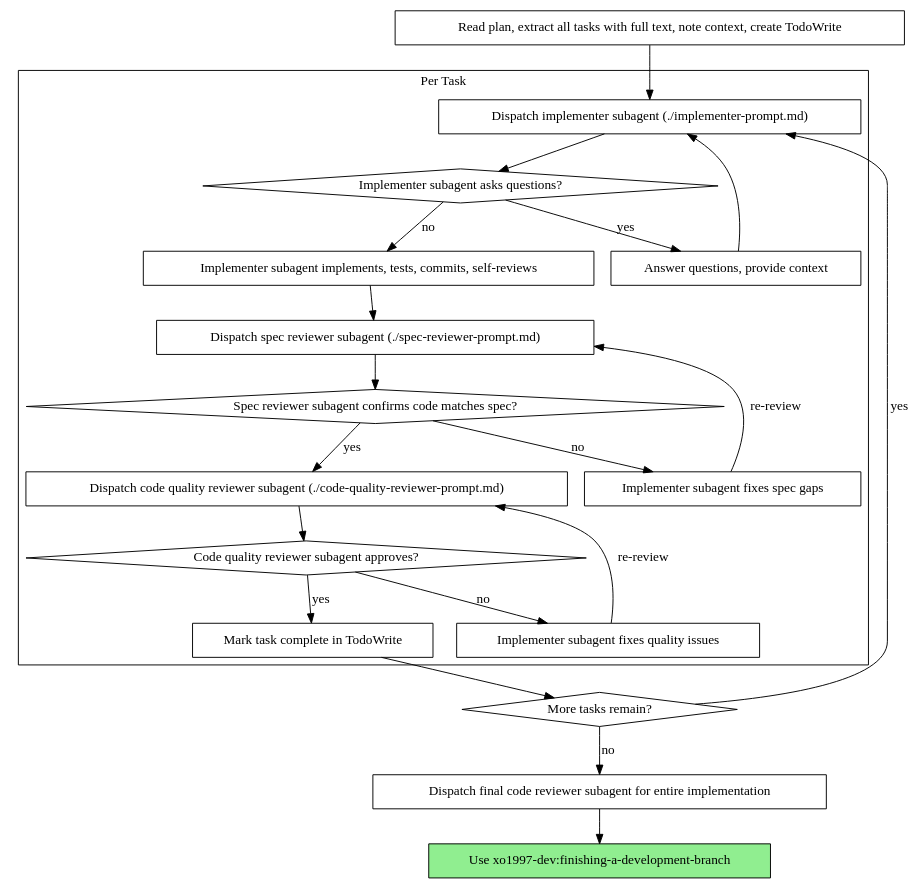
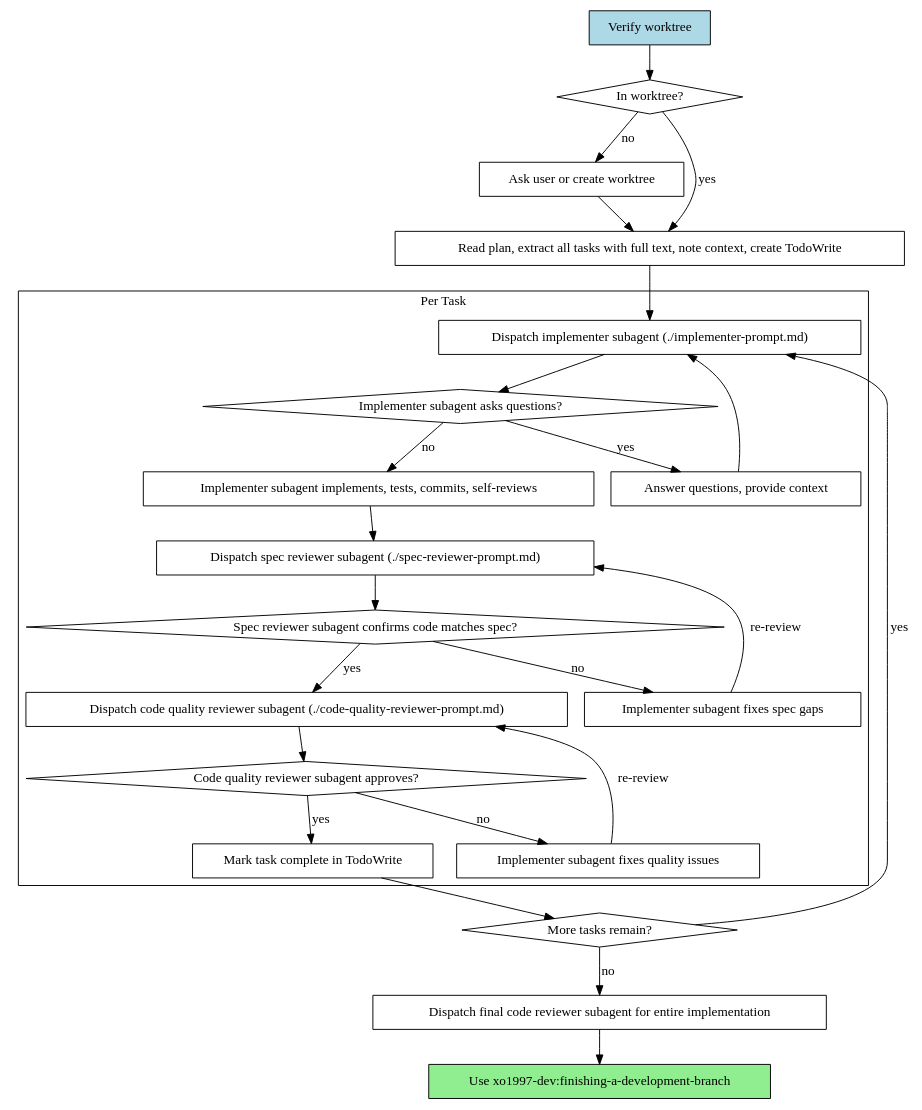
Before and after one commit to changanx/xo1997-dev: the second of 2 diagrams in skills/subagent-driven-development/SKILL.md, drawn with Graphviz. The commit also changed other lines of this file and 4 other files, not shown here.

````diff
--- a/skills/subagent-driven-development/SKILL.md
+++ b/skills/subagent-driven-development/SKILL.md
@@ -42,44 +58,52 @@
 ```dot
 digraph process {
     rankdir=TB;
+
+    "Verify worktree" [shape=box style=filled fillcolor=lightblue];
+    "In worktree?" [shape=diamond];
+    "Ask user or create worktree" [shape=box];
+    "Read plan, extract all tasks with full text, note context, create TodoWrite" [shape=box];
 
     subgraph cluster_per_task {
         label="Per Task";
         "Dispatch implementer subagent (./implementer-prompt.md)" [shape=box];
         "Implementer subagent asks questions?" [shape=diamond];
         "Answer questions, provide context" [shape=box];
         "Implementer subagent implements, tests, commits, self-reviews" [shape=box];
         "Dispatch spec reviewer subagent (./spec-reviewer-prompt.md)" [shape=box];
         "Spec reviewer subagent confirms code matches spec?" [shape=diamond];
         "Implementer subagent fixes spec gaps" [shape=box];
         "Dispatch code quality reviewer subagent (./code-quality-reviewer-prompt.md)" [shape=box];
         "Code quality reviewer subagent approves?" [shape=diamond];
         "Implementer subagent fixes quality issues" [shape=box];
         "Mark task complete in TodoWrite" [shape=box];
     }
 
-    "Read plan, extract all tasks with full text, note context, create TodoWrite" [shape=box];
     "More tasks remain?" [shape=diamond];
     "Dispatch final code reviewer subagent for entire implementation" [shape=box];
     "Use xo1997-dev:finishing-a-development-branch" [shape=box style=filled fillcolor=lightgreen];
 
+    "Verify worktree" -> "In worktree?";
+    "In worktree?" -> "Ask user or create worktree" [label="no"];
+    "In worktree?" -> "Read plan, extract all tasks with full text, note context, create TodoWrite" [label="yes"];
+    "Ask user or create worktree" -> "Read plan, extract all tasks with full text, note context, create TodoWrite";
     "Read plan, extract all tasks with full text, note context, create TodoWrite" -> "Dispatch implementer subagent (./implementer-prompt.md)";
     "Dispatch implementer subagent (./implementer-prompt.md)" -> "Implementer subagent asks questions?";
     "Implementer subagent asks questions?" -> "Answer questions, provide context" [label="yes"];
     "Answer questions, provide context" -> "Dispatch implementer subagent (./implementer-prompt.md)";
     "Implementer subagent asks questions?" -> "Implementer subagent implements, tests, commits, self-reviews" [label="no"];
     "Implementer subagent implements, tests, commits, self-reviews" -> "Dispatch spec reviewer subagent (./spec-reviewer-prompt.md)";
     "Dispatch spec reviewer subagent (./spec-reviewer-prompt.md)" -> "Spec reviewer subagent confirms code matches spec?";
     "Spec reviewer subagent confirms code matches spec?" -> "Implementer subagent fixes spec gaps" [label="no"];
     "Implementer subagent fixes spec gaps" -> "Dispatch spec reviewer subagent (./spec-reviewer-prompt.md)" [label="re-review"];
     "Spec reviewer subagent confirms code matches spec?" -> "Dispatch code quality reviewer subagent (./code-quality-reviewer-prompt.md)" [label="yes"];
     "Dispatch code quality reviewer subagent (./code-quality-reviewer-prompt.md)" -> "Code quality reviewer subagent approves?";
     "Code quality reviewer subagent approves?" -> "Implementer subagent fixes quality issues" [label="no"];
     "Implementer subagent fixes quality issues" -> "Dispatch code quality reviewer subagent (./code-quality-reviewer-prompt.md)" [label="re-review"];
     "Code quality reviewer subagent approves?" -> "Mark task complete in TodoWrite" [label="yes"];
     "Mark task complete in TodoWrite" -> "More tasks remain?";
     "More tasks remain?" -> "Dispatch implementer subagent (./implementer-prompt.md)" [label="yes"];
     "More tasks remain?" -> "Dispatch final code reviewer subagent for entire implementation" [label="no"];
     "Dispatch final code reviewer subagent for entire implementation" -> "Use xo1997-dev:finishing-a-development-branch";
 }
 ```
````
